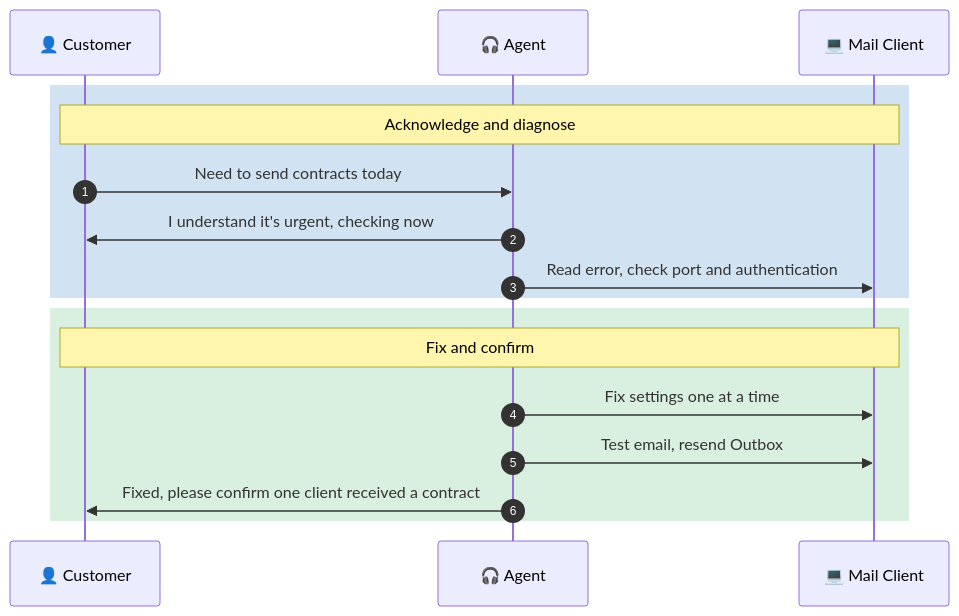
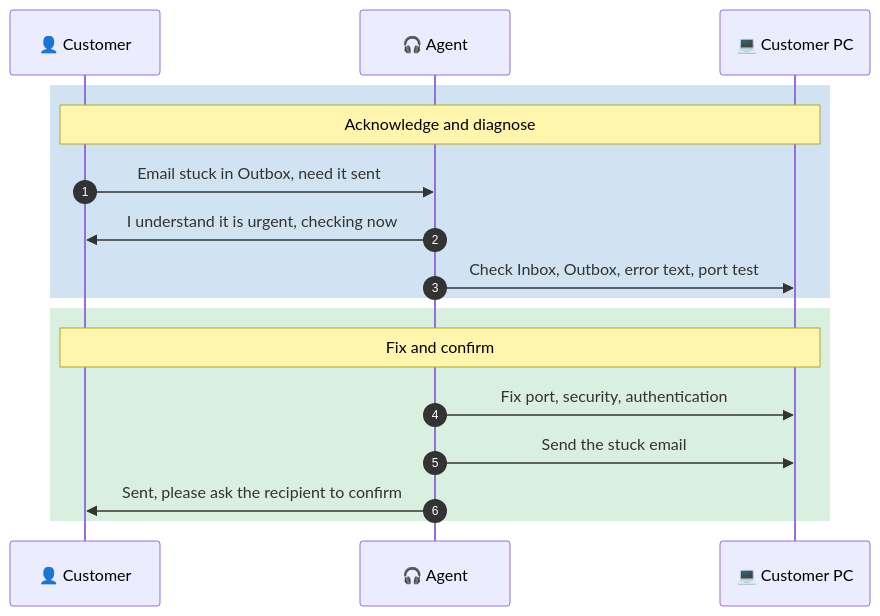
One commit to malaika-azhar/Customer-Tech-Support-Portfolio changed the fourth of 5 diagrams in 01-Video-knowledge-base/01.2-Email-Sending-Failure.md. Above: the diagram before and after it, drawn with Mermaid. The commit also changed other lines of this file, not shown here.

````diff
--- a/01-Video-knowledge-base/01.2-Email-Sending-Failure.md
+++ b/01-Video-knowledge-base/01.2-Email-Sending-Failure.md
@@ -290,21 +352,21 @@
 ```mermaid
 sequenceDiagram
     autonumber
     participant C as 👤 Customer
     participant A as 🎧 Agent
-    participant M as 💻 Mail Client
+    participant P as 💻 Customer PC
 
     rect rgba(0, 94, 184, 0.18)
-    Note over C,M: Acknowledge and diagnose
-    C->>A: Need to send contracts today
-    A->>C: I understand it's urgent, checking now
-    A->>M: Read error, check port and authentication
+    Note over C,P: Acknowledge and diagnose
+    C->>A: Email stuck in Outbox, need it sent
+    A->>C: I understand it is urgent, checking now
+    A->>P: Check Inbox, Outbox, error text, port test
     end
 
     rect rgba(46, 164, 79, 0.18)
-    Note over C,M: Fix and confirm
-    A->>M: Fix settings one at a time
-    A->>M: Test email, resend Outbox
-    A->>C: Fixed, please confirm one client received a contract
+    Note over C,P: Fix and confirm
+    A->>P: Fix port, security, authentication
+    A->>P: Send the stuck email
+    A->>C: Sent, please ask the recipient to confirm
     end
 ```
````
